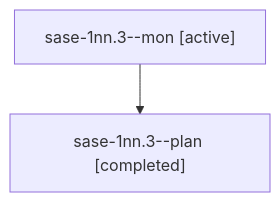
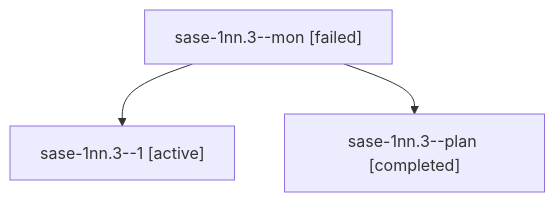
Before and after one commit to sase-org/sase--agents: the diagram in sessions/bbugyi200.athena.sase-1nn.3.md, drawn with Mermaid. The commit also changed other lines of this file and 40 other files, not shown here.

````diff
--- a/sessions/bbugyi200.athena.sase-1nn.3.md
+++ b/sessions/bbugyi200.athena.sase-1nn.3.md
@@ -9,6 +9,8 @@
 ```mermaid
 flowchart TD
-  n0["sase-1nn.3--mon [active]"]
-  n1["sase-1nn.3--plan [completed]"]
+  n0["sase-1nn.3--mon [failed]"]
+  n1["sase-1nn.3--1 [active]"]
   n0 --> n1
+  n2["sase-1nn.3--plan [completed]"]
+  n0 --> n2
 ```
````
